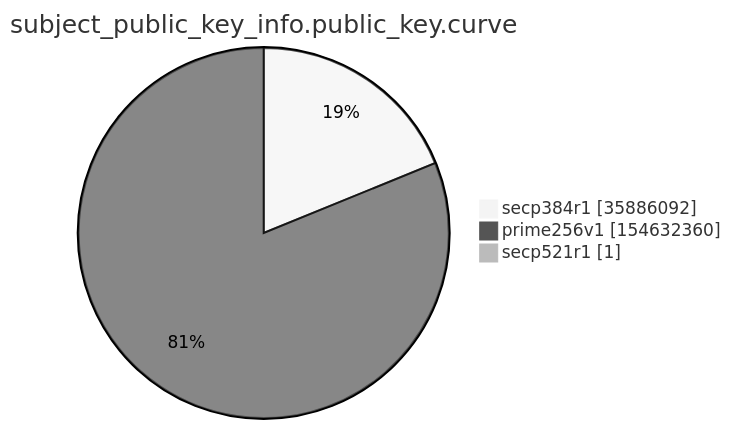
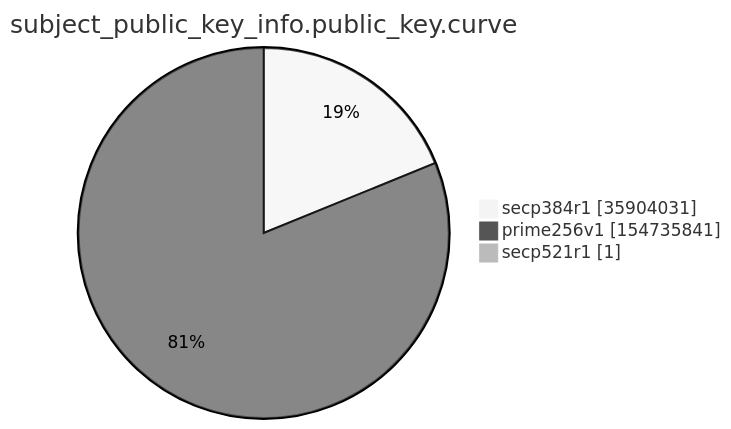
The ninth of 15 diagrams in argon2022/README.md (christiankrug/ctmonitor_visualization), drawn with Mermaid (neutral theme) before and after one commit. The commit also changed other lines of this file, not shown here.

````diff
--- a/argon2022/README.md
+++ b/argon2022/README.md
@@ -2766,7 +2766,7 @@
 ```mermaid
 pie showData
 title subject_public_key_info.public_key.curve
-"secp384r1" :35886092
-"prime256v1" :154632360
+"secp384r1" :35904031
+"prime256v1" :154735841
 "secp521r1" :1
 ```
````
